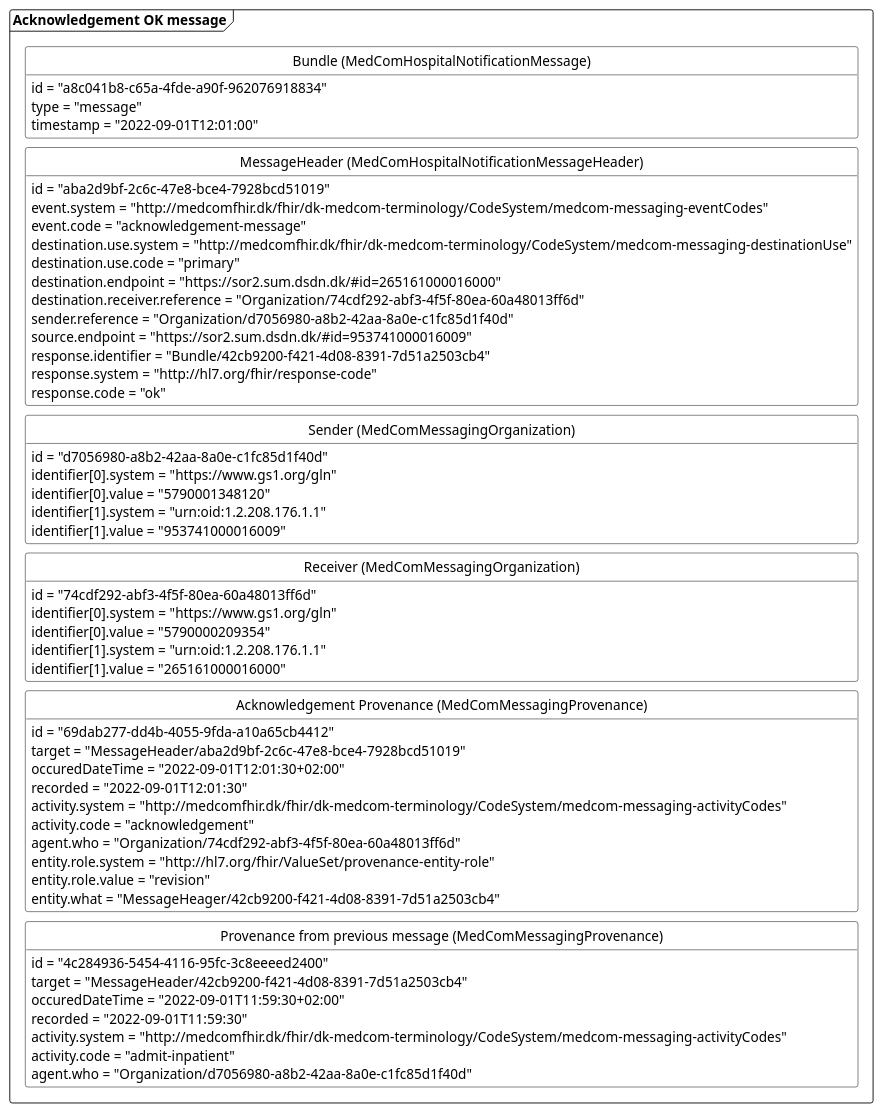
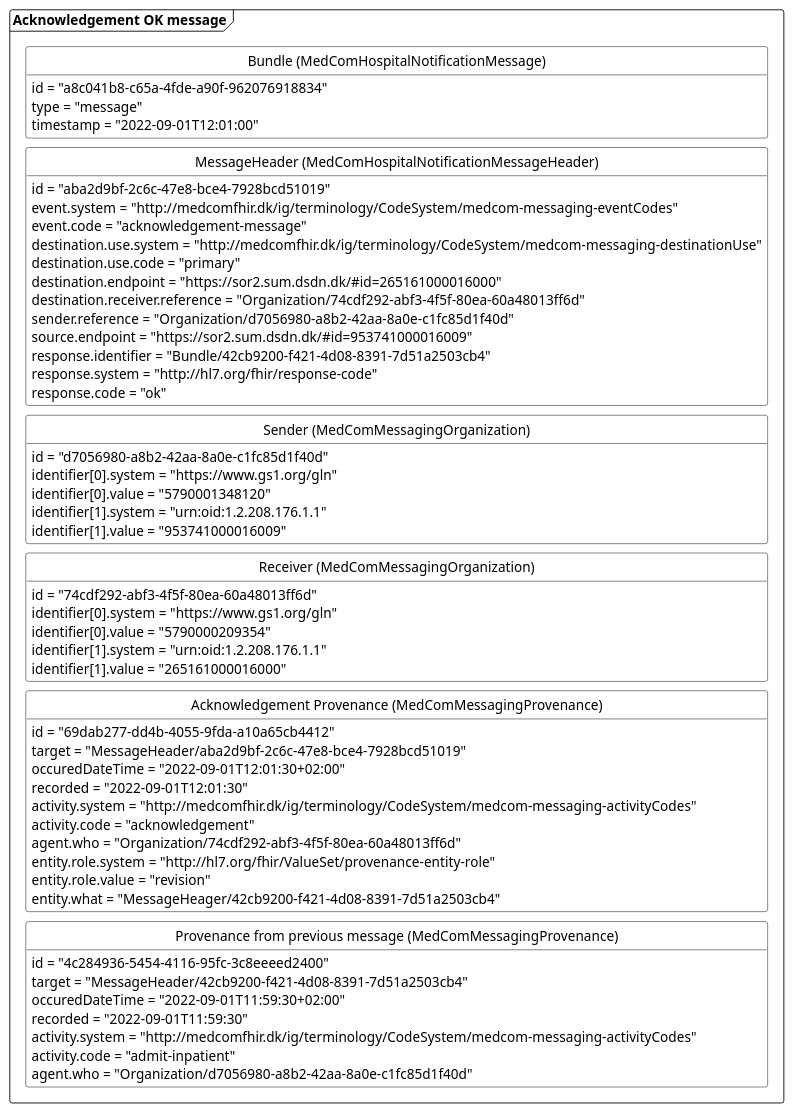
Before and after one commit to medcomdk/dk-medcom-acknowledgement: the diagram in puml/AcknowledgementOK.puml, drawn with PlantUML. The commit also changed 9 other files, not shown here.

```diff
--- a/puml/AcknowledgementOK.puml
+++ b/puml/AcknowledgementOK.puml
@@ -1,79 +1,79 @@
 @startuml AcknowledgementOK
 
 'layout
 skinparam class {
     BackgroundColor White
     BorderColor Black
     ArrowColor Black
   }
 hide circle
 hide empty members
 skinparam SameClassWidth true
 skinparam Ranksep 10
 
 
 package "Acknowledgement OK message" as ack <<Frame>>{
     class "Bundle (MedComHospitalNotificationMessage)" as ackB{
         id = "a8c041b8-c65a-4fde-a90f-962076918834"
         type = "message"
         timestamp = "2022-09-01T12:01:00"
     }
     class "MessageHeader (MedComHospitalNotificationMessageHeader)" as ackMH{
         id = "aba2d9bf-2c6c-47e8-bce4-7928bcd51019"
-        event.system = "http://medcomfhir.dk/fhir/dk-medcom-terminology/CodeSystem/medcom-messaging-eventCodes"
+        event.system = "http://medcomfhir.dk/ig/terminology/CodeSystem/medcom-messaging-eventCodes"
         event.code = "acknowledgement-message"
-        destination.use.system = "http://medcomfhir.dk/fhir/dk-medcom-terminology/CodeSystem/medcom-messaging-destinationUse"
+        destination.use.system = "http://medcomfhir.dk/ig/terminology/CodeSystem/medcom-messaging-destinationUse"
         destination.use.code = "primary"
         destination.endpoint = "https://sor2.sum.dsdn.dk/#id=265161000016000"
         destination.receiver.reference = "Organization/74cdf292-abf3-4f5f-80ea-60a48013ff6d"
         sender.reference = "Organization/d7056980-a8b2-42aa-8a0e-c1fc85d1f40d"
         source.endpoint = "https://sor2.sum.dsdn.dk/#id=953741000016009"
         response.identifier = "Bundle/42cb9200-f421-4d08-8391-7d51a2503cb4"
         response.system = "http://hl7.org/fhir/response-code"
         response.code = "ok"
     }
     class "Sender (MedComMessagingOrganization)" as ackROrg{
         id = "d7056980-a8b2-42aa-8a0e-c1fc85d1f40d"
         identifier[0].system = "https://www.gs1.org/gln"
         identifier[0].value = "5790001348120"
         identifier[1].system = "urn:oid:1.2.208.176.1.1"
         identifier[1].value = "953741000016009"
     }
     class "Receiver (MedComMessagingOrganization)" as ackSOrg{
         id = "74cdf292-abf3-4f5f-80ea-60a48013ff6d"
         identifier[0].system = "https://www.gs1.org/gln"
         identifier[0].value = "5790000209354"
         identifier[1].system = "urn:oid:1.2.208.176.1.1"
         identifier[1].value = "265161000016000"
     }
     class "Acknowledgement Provenance (MedComMessagingProvenance)" as ackPRO{
         id = "69dab277-dd4b-4055-9fda-a10a65cb4412"
         target = "MessageHeader/aba2d9bf-2c6c-47e8-bce4-7928bcd51019"
         occuredDateTime = "2022-09-01T12:01:30+02:00"
         recorded = "2022-09-01T12:01:30"
-        activity.system = "http://medcomfhir.dk/fhir/dk-medcom-terminology/CodeSystem/medcom-messaging-activityCodes"
+        activity.system = "http://medcomfhir.dk/ig/terminology/CodeSystem/medcom-messaging-activityCodes"
         activity.code = "acknowledgement"
         agent.who = "Organization/74cdf292-abf3-4f5f-80ea-60a48013ff6d"
         entity.role.system = "http://hl7.org/fhir/ValueSet/provenance-entity-role"
         entity.role.value = "revision"
         entity.what = "MessageHeager/42cb9200-f421-4d08-8391-7d51a2503cb4"
     }
         class "Provenance from previous message (MedComMessagingProvenance)" as previuosPRO{
         id = "4c284936-5454-4116-95fc-3c8eeeed2400"
         target = "MessageHeader/42cb9200-f421-4d08-8391-7d51a2503cb4"
         occuredDateTime = "2022-09-01T11:59:30+02:00"
         recorded = "2022-09-01T11:59:30"
-        activity.system = "http://medcomfhir.dk/fhir/dk-medcom-terminology/CodeSystem/medcom-messaging-activityCodes"
+        activity.system = "http://medcomfhir.dk/ig/terminology/CodeSystem/medcom-messaging-activityCodes"
         activity.code = "admit-inpatient"
         agent.who = "Organization/d7056980-a8b2-42aa-8a0e-c1fc85d1f40d"
     }
 
 ackB -[hidden]- ackMH
 ackMH-[hidden]-ackROrg
 ackROrg-[hidden]-ackSOrg
 ackSOrg-[hidden]-ackPRO
 ackPRO-[hidden]-previuosPRO
 }
 
 
 @enduml
```
